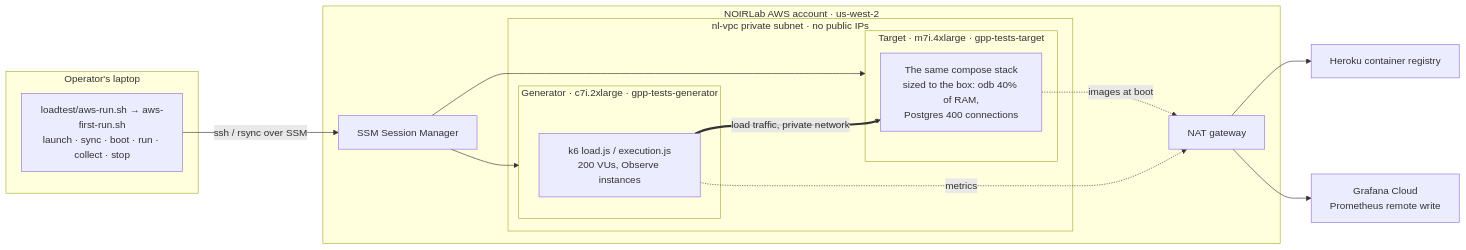
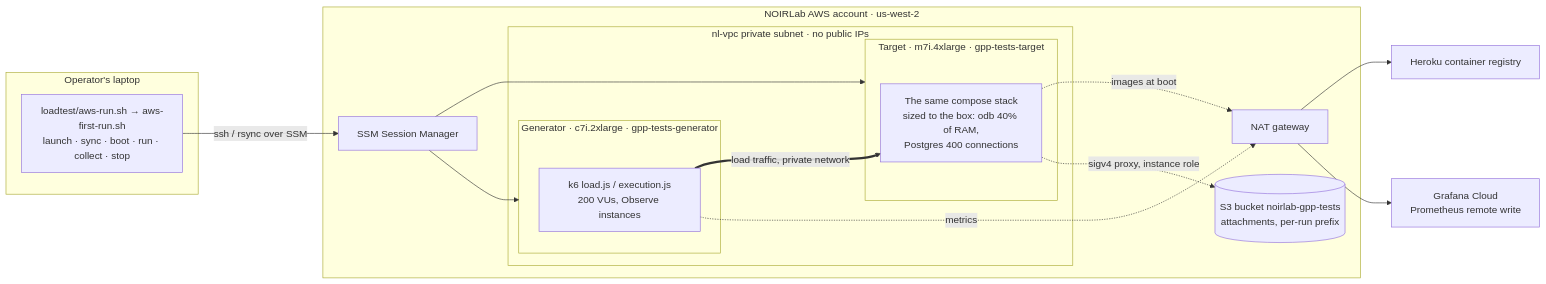
Before and after one commit to cquiroz/gpp-tests: the second of 5 diagrams in ARCHITECTURE.md, drawn with Mermaid. The commit also changed other lines of this file and 29 other files, not shown here.

````diff
--- a/ARCHITECTURE.md
+++ b/ARCHITECTURE.md
@@ -107,29 +119,31 @@
 ```mermaid
 flowchart LR
   subgraph laptop["Operator's laptop"]
     wizard["loadtest/aws-run.sh → aws-first-run.sh<br/>launch · sync · boot · run · collect · stop"]
   end
   subgraph aws["NOIRLab AWS account · us-west-2"]
     subgraph vpc["nl-vpc private subnet · no public IPs"]
       subgraph target["Target · m7i.4xlarge · gpp-tests-target"]
         tstack["The same compose stack<br/>sized to the box: odb 40% of RAM,<br/>Postgres 400 connections"]
       end
       subgraph gen["Generator · c7i.2xlarge · gpp-tests-generator"]
         k6l["k6 load.js / execution.js<br/>200 VUs, Observe instances"]
       end
     end
     ssm["SSM Session Manager"]
     nat["NAT gateway"]
+    bucket[("S3 bucket noirlab-gpp-tests<br/>attachments, per-run prefix")]
   end
   heroku["Heroku container registry"]
   grafana["Grafana Cloud<br/>Prometheus remote write"]
 
   wizard -- "ssh / rsync over SSM" --> ssm
   ssm --> target
   ssm --> gen
   k6l == "load traffic, private network" ==> tstack
   tstack -. "images at boot" .-> nat
   k6l -. "metrics" .-> nat
   nat --> heroku
   nat --> grafana
+  tstack -. "sigv4 proxy, instance role" .-> bucket
 ```
````
